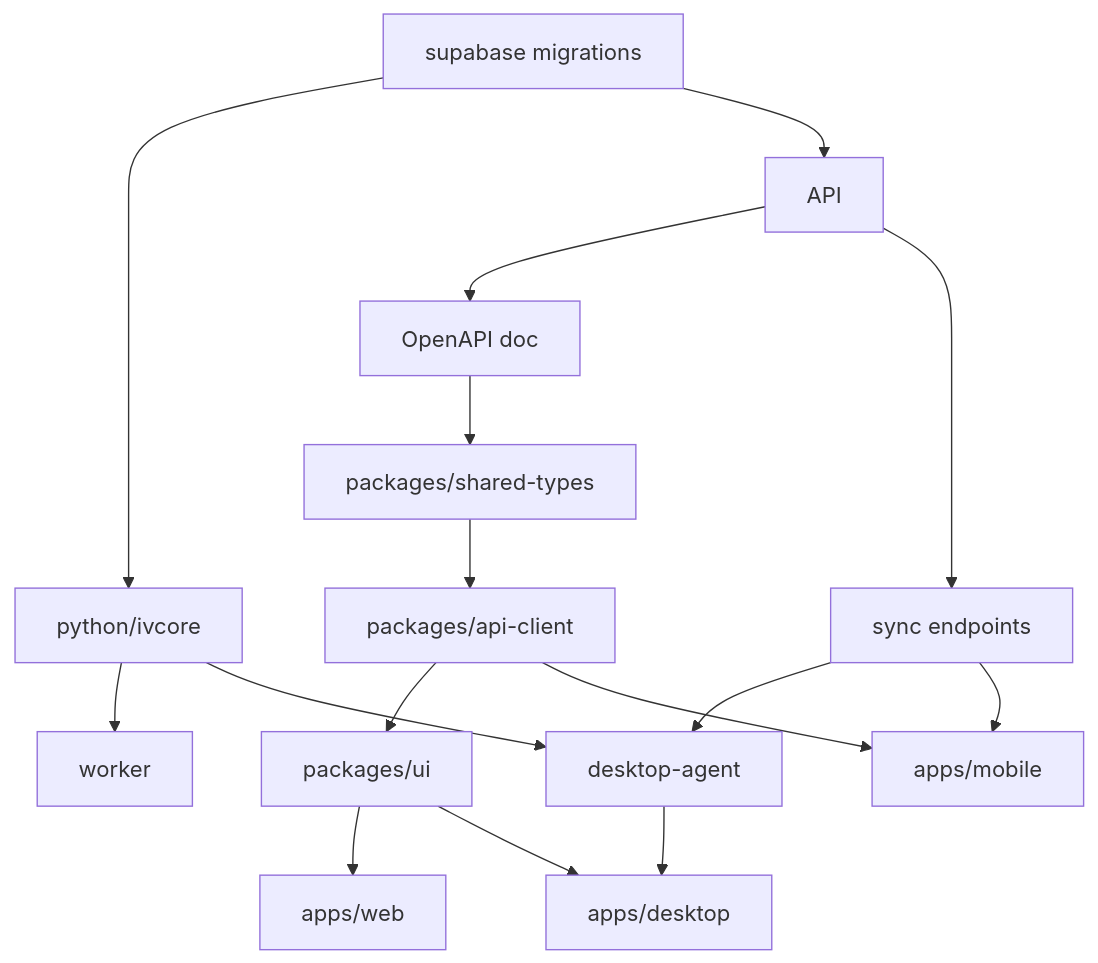
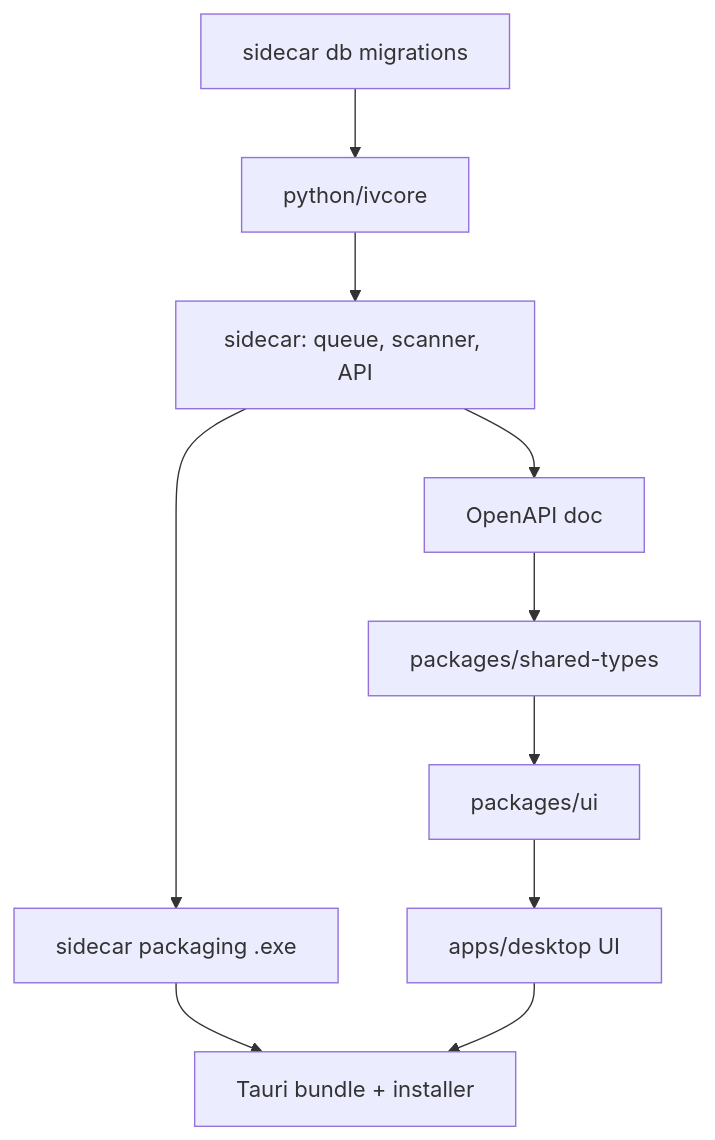
Before and after one commit to NeoMags/VImage: the second of 2 diagrams in docs/02-architecture.md, drawn with Mermaid. The commit also changed other lines of this file and 34 other files, not shown here.

````diff
--- a/docs/02-architecture.md
+++ b/docs/02-architecture.md
@@ -55,16 +35,12 @@
 ```mermaid
 flowchart TD
-  DB[supabase migrations] --> CORE[python/ivcore]
-  DB --> API
-  CORE --> WRK[worker]
-  CORE --> AG[desktop-agent]
-  API --> OAS[OpenAPI doc]
+  SQL[sidecar db migrations] --> CORE[python/ivcore]
+  CORE --> SIDE[sidecar: queue, scanner, API]
+  SIDE --> OAS[OpenAPI doc]
   OAS --> TYPES[packages/shared-types]
-  TYPES --> CLIENT[packages/api-client]
-  CLIENT --> UI[packages/ui]
-  UI --> WEB[apps/web]
-  UI --> DESK[apps/desktop]
-  CLIENT --> MOB[apps/mobile]
-  AG --> DESK
-  API --> SYNC[sync endpoints] --> AG & MOB
+  TYPES --> UIP[packages/ui]
+  UIP --> DESK[apps/desktop UI]
+  SIDE --> PKG[sidecar packaging .exe]
+  PKG --> TAURI[Tauri bundle + installer]
+  DESK --> TAURI
 ```
````
